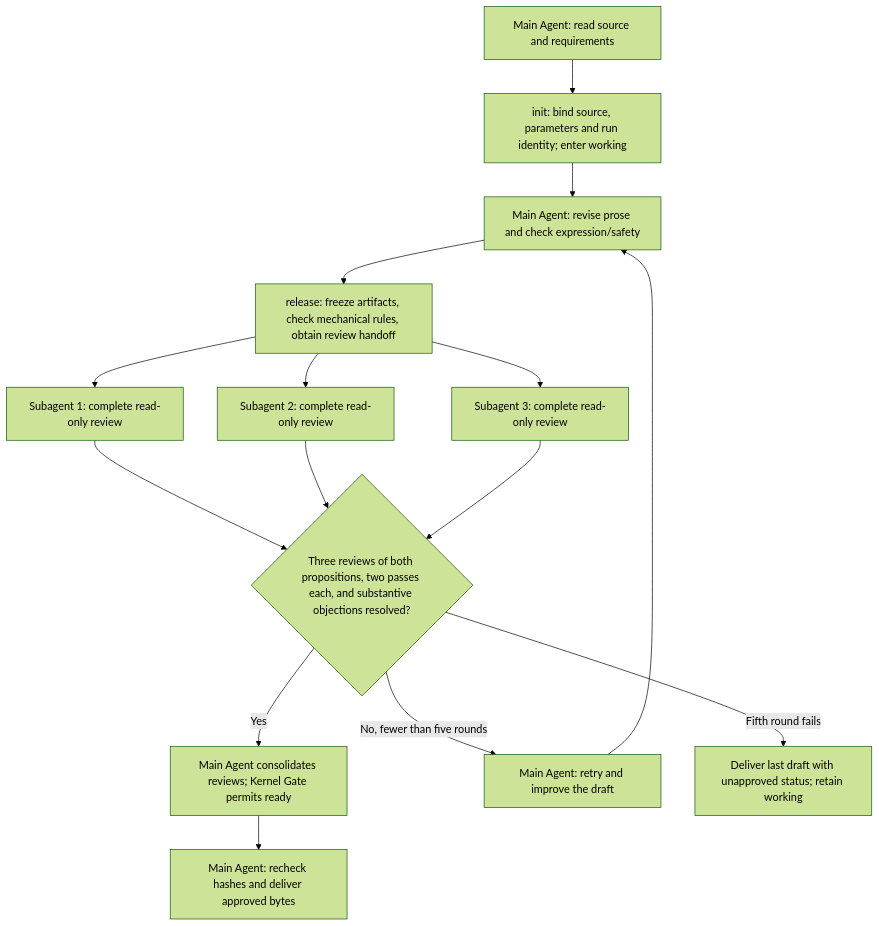
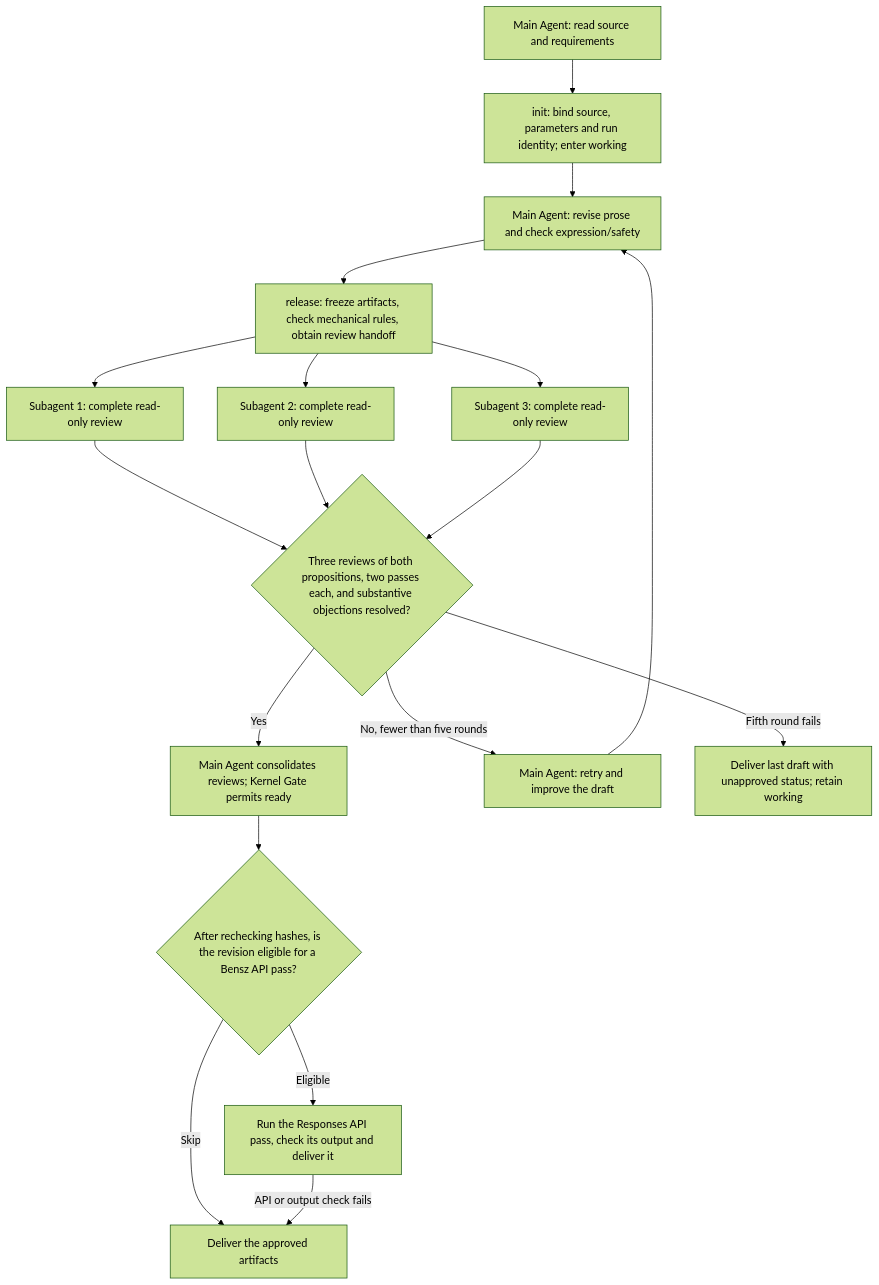
Before and after one commit to huangwb8/skills: the diagram in skills/alpha/humanization/README_EN.md, drawn with Mermaid (forest theme). The commit also changed other lines of this file and 10 other files, not shown here.

First line of the commit message:
feat(humanization): 新增交付前 Bensz Responses API 终润色

````diff
--- a/skills/alpha/humanization/README_EN.md
+++ b/skills/alpha/humanization/README_EN.md
@@ -40,17 +40,20 @@
 ```mermaid
 flowchart TD
     A["Main Agent: read source and requirements"] --> B["init: bind source, parameters and run identity; enter working"]
     B --> C["Main Agent: revise prose and check expression/safety"]
     C --> D["release: freeze artifacts, check mechanical rules, obtain review handoff"]
     D --> R1["Subagent 1: complete read-only review"]
     D --> R2["Subagent 2: complete read-only review"]
     D --> R3["Subagent 3: complete read-only review"]
     R1 --> Q{"Three reviews of both propositions, two passes each, and substantive objections resolved?"}
     R2 --> Q
     R3 --> Q
     Q -->|Yes| G["Main Agent consolidates reviews; Kernel Gate permits ready"]
-    G --> O["Main Agent: recheck hashes and deliver approved bytes"]
+    G --> F{"After rechecking hashes, is the revision eligible for a Bensz API pass?"}
+    F -->|Eligible| P["Run the Responses API pass, check its output and deliver it"]
+    F -->|Skip| O["Deliver the approved artifacts"]
+    P -->|API or output check fails| O
     Q -->|No, fewer than five rounds| E["Main Agent: retry and improve the draft"]
     E --> C
     Q -->|Fifth round fails| X["Deliver last draft with unapproved status; retain working"]
 ```
````
